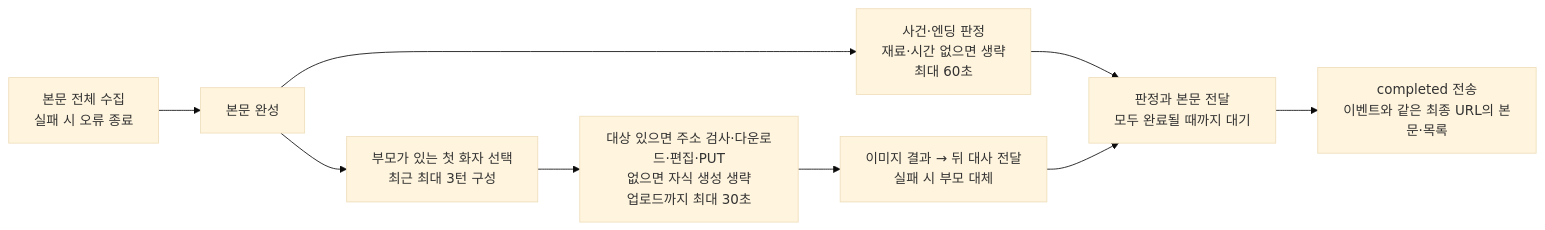
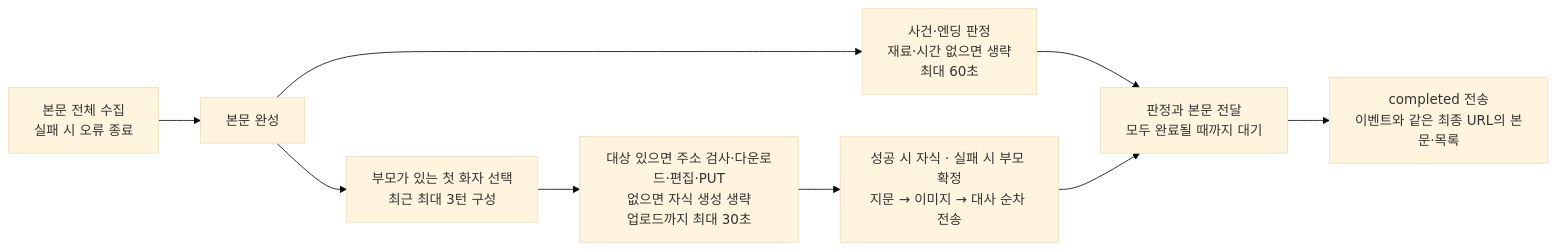
One commit to KIM-N-KANG/knk-harness changed the second of 2 diagrams in docs/design/3-ai-server-design.md. Above: the diagram before and after it, drawn with Mermaid (base theme). The commit also changed other lines of this file and 2 other files, not shown here.

First line of the commit message:
[KNK-1303] Docs: 이미지 대기 후 순차 전송 계약과 설계 반영 (#227)

````diff
--- a/docs/design/3-ai-server-design.md
+++ b/docs/design/3-ai-server-design.md
@@ -82,11 +82,11 @@
 ```mermaid
 flowchart LR
     BODY["본문 전체 수집<br/>실패 시 오류 종료"] --> READY["본문 완성"]
     READY --> J["사건·엔딩 판정<br/>재료·시간 없으면 생략<br/>최대 60초"]
     READY --> SELECT["부모가 있는 첫 화자 선택<br/>최근 최대 3턴 구성"]
     SELECT --> I["대상 있으면 주소 검사·다운로드·편집·PUT<br/>없으면 자식 생성 생략<br/>업로드까지 최대 30초"]
-    I --> EVENTS["이미지 결과 → 뒤 대사 전달<br/>실패 시 부모 대체"]
+    I --> EVENTS["성공 시 자식 · 실패 시 부모 확정<br/>지문 → 이미지 → 대사 순차 전송"]
     J --> JOIN["판정과 본문 전달<br/>모두 완료될 때까지 대기"]
     EVENTS --> JOIN
     JOIN --> COMPLETE["completed 전송<br/>이벤트와 같은 최종 URL의 본문·목록"]
 ```
````
